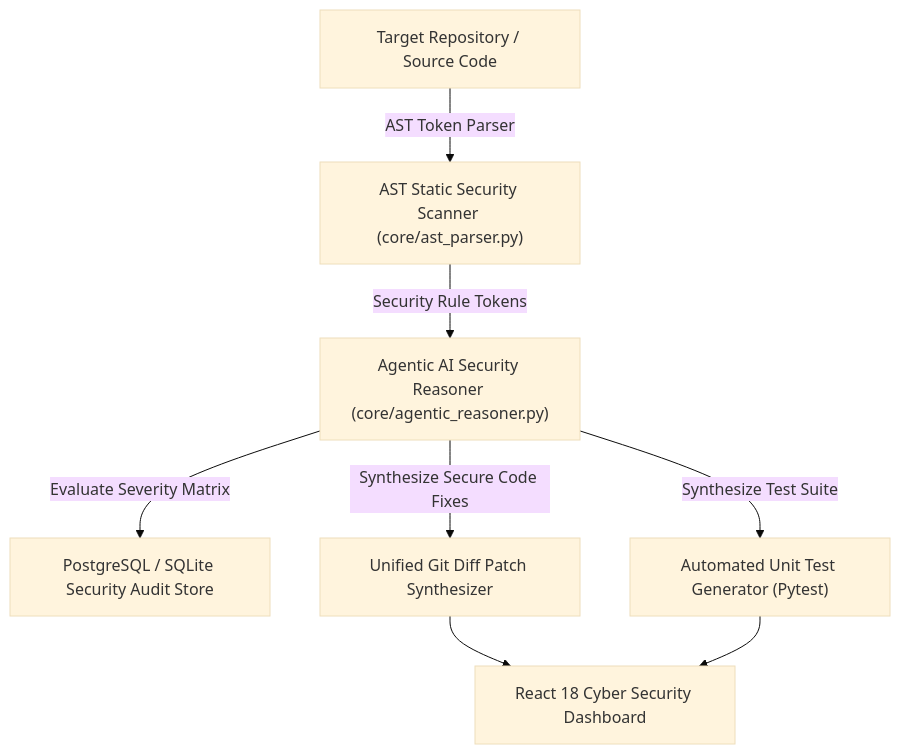
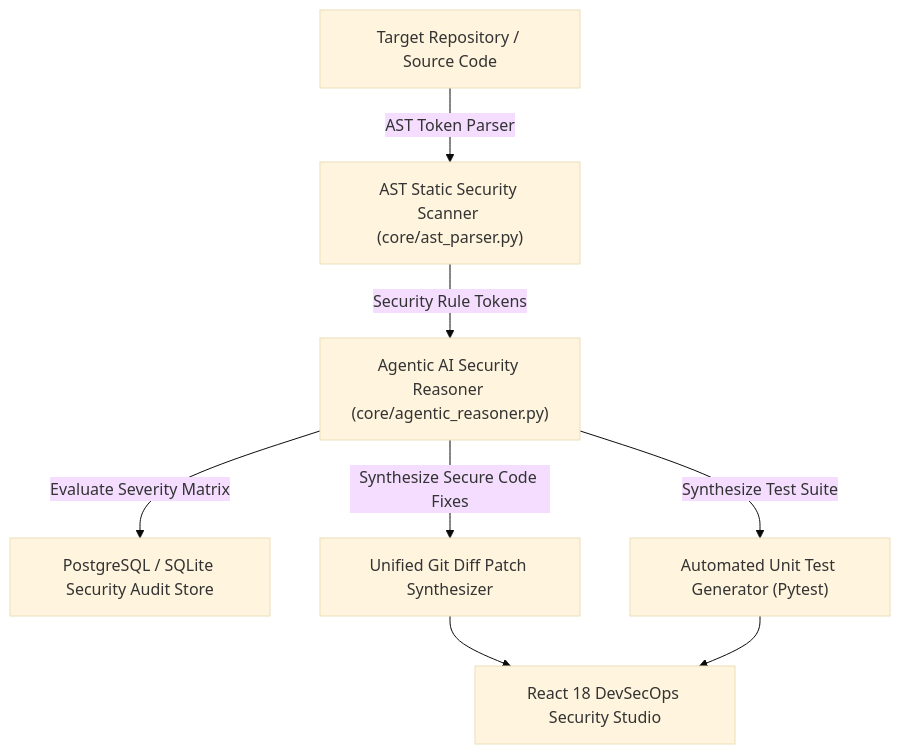
One commit to yaya2127/sentinel-ai-code-auditor changed the diagram in README.md. Above: the diagram before and after it, drawn with Mermaid (base theme). The commit also changed other lines of this file, not shown here.

````diff
--- a/README.md
+++ b/README.md
@@ -15,10 +16,10 @@
 ```mermaid
 graph TD
     A["Target Repository / Source Code"] -->|AST Token Parser| B["AST Static Security Scanner (core/ast_parser.py)"]
     B -->|Security Rule Tokens| C["Agentic AI Security Reasoner (core/agentic_reasoner.py)"]
     C -->|Evaluate Severity Matrix| D["PostgreSQL / SQLite Security Audit Store"]
     C -->|Synthesize Secure Code Fixes| E["Unified Git Diff Patch Synthesizer"]
     C -->|Synthesize Test Suite| F["Automated Unit Test Generator (Pytest)"]
-    E --> G["React 18 Cyber Security Dashboard"]
+    E --> G["React 18 DevSecOps Security Studio"]
     F --> G
 ```
````
